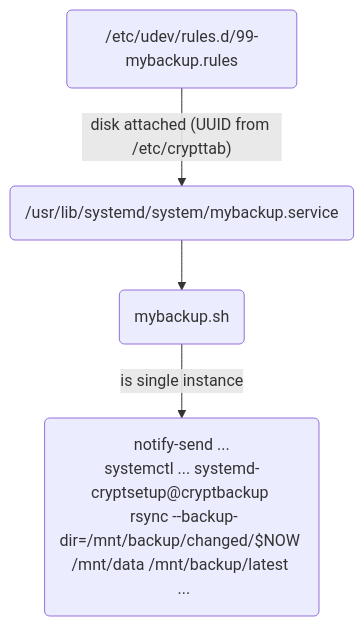
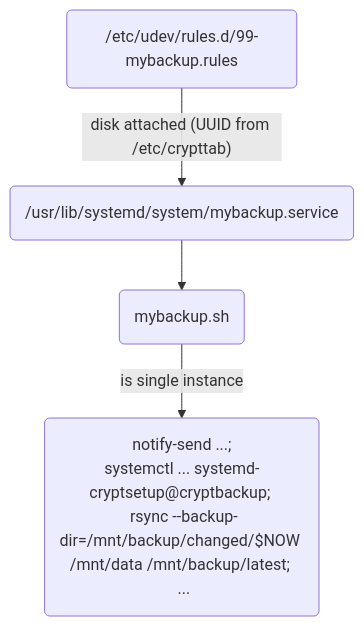
One commit to andre-st/dotfiles changed the diagram in README.md. Above: the diagram before and after it, drawn with Mermaid. The commit also changed other lines of this file and 9 other files, not shown here.

````diff
--- a/README.md
+++ b/README.md
@@ -295,12 +295,12 @@
 ```mermaid
 flowchart TD
 
 	udev("/etc/udev/rules.d/99-mybackup.rules")
 	service("/usr/lib/systemd/system/mybackup.service")
 	sh("mybackup.sh")
-	rsync("notify-send ...<br>systemctl ... systemd-cryptsetup@cryptbackup <br> rsync --backup-dir=/mnt/backup/changed/$NOW /mnt/data /mnt/backup/latest <br> ...")
+	rsync("notify-send ...;<br>systemctl ... systemd-cryptsetup@cryptbackup; <br> rsync --backup-dir=/mnt/backup/changed/$NOW /mnt/data /mnt/backup/latest; <br> ...")
 
 	udev-- "disk attached (UUID from /etc/crypttab)" -->service
 	service-->sh
 	sh-- "is single instance" -->rsync
 ```
````
